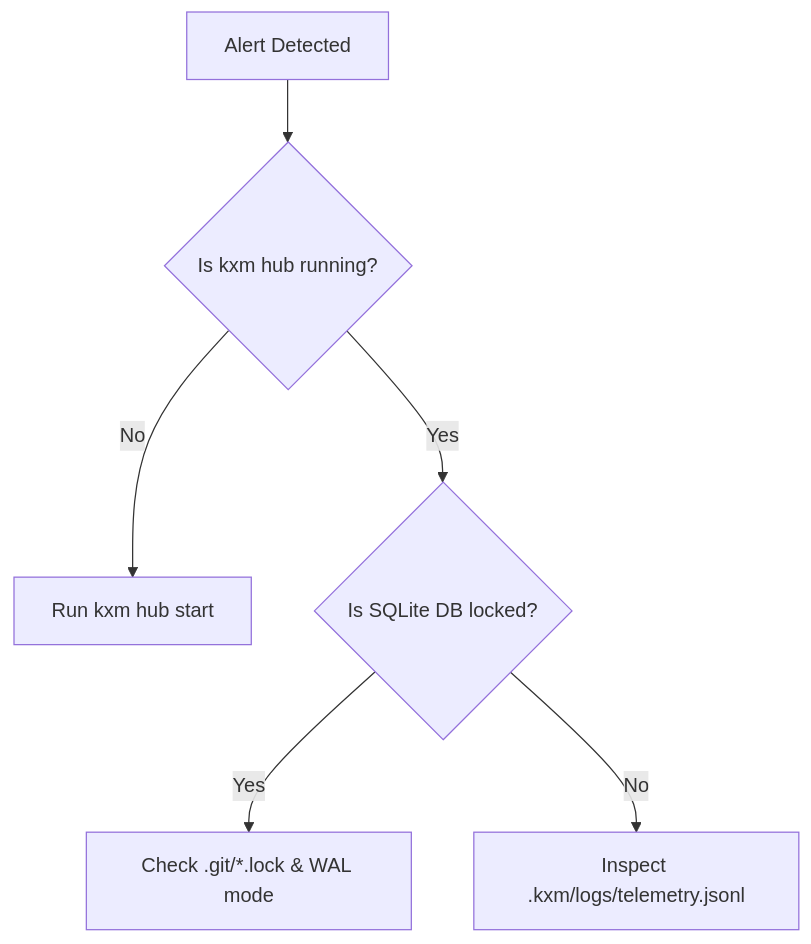
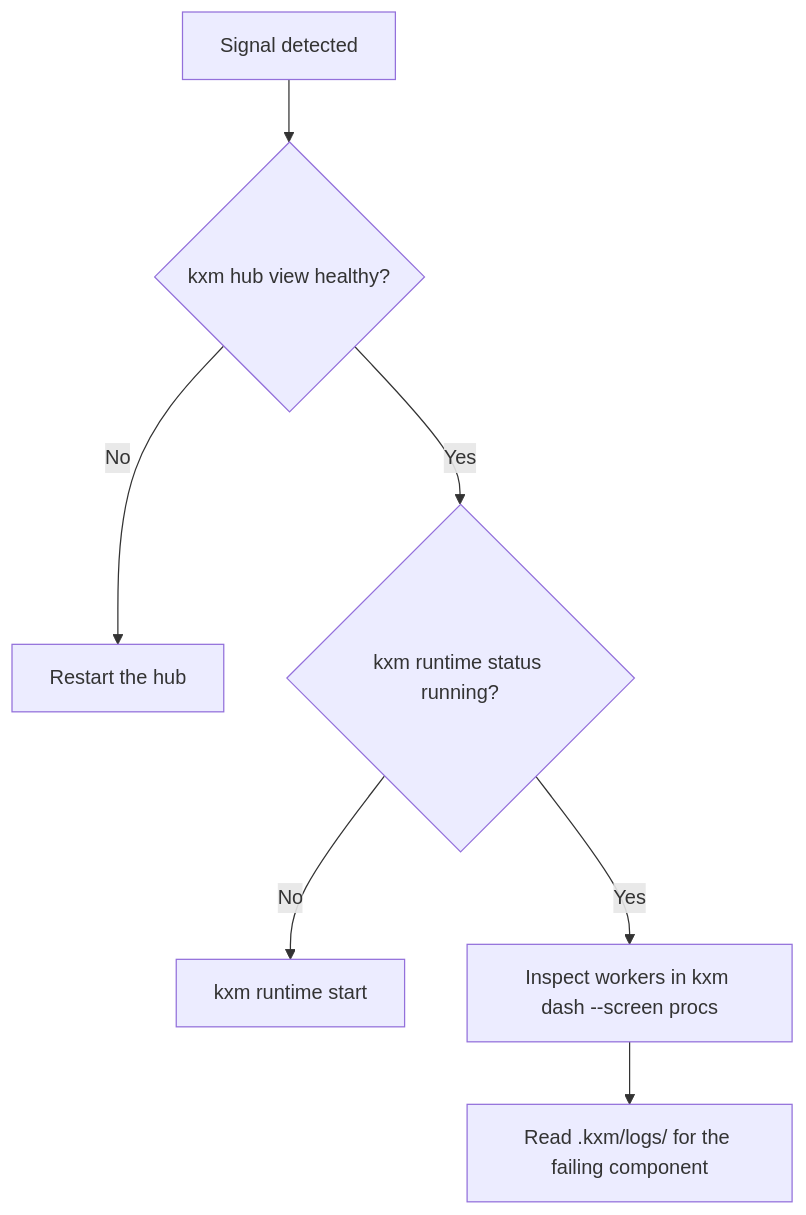
One commit to kontextmind/kxm changed the diagram in docs/templates/runbook.md. Above: the diagram before and after it, drawn with Mermaid. The commit also changed other lines of this file and 169 other files, not shown here.

````diff
--- a/docs/templates/runbook.md
+++ b/docs/templates/runbook.md
@@ -31,9 +32,9 @@
 ```mermaid
 flowchart TD
-    Detect[Alert Detected] --> CheckHub{Is kxm hub running?}
-    CheckHub -->|No| Restart[Run kxm hub start]
-    CheckHub -->|Yes| CheckDB{Is SQLite DB locked?}
-    CheckDB -->|Yes| ClearLocks[Check .git/*.lock & WAL mode]
-    CheckDB -->|No| CheckLogs[Inspect .kxm/logs/telemetry.jsonl]
-
+    Detect[Signal detected] --> Hub{kxm hub view healthy?}
+    Hub -->|No| Start[Restart the hub]
+    Hub -->|Yes| Runtime{kxm runtime status running?}
+    Runtime -->|No| RtStart[kxm runtime start]
+    Runtime -->|Yes| Procs["Inspect workers in kxm dash --screen procs"]
+    Procs --> Logs[Read .kxm/logs/ for the failing component]
 ```
````
